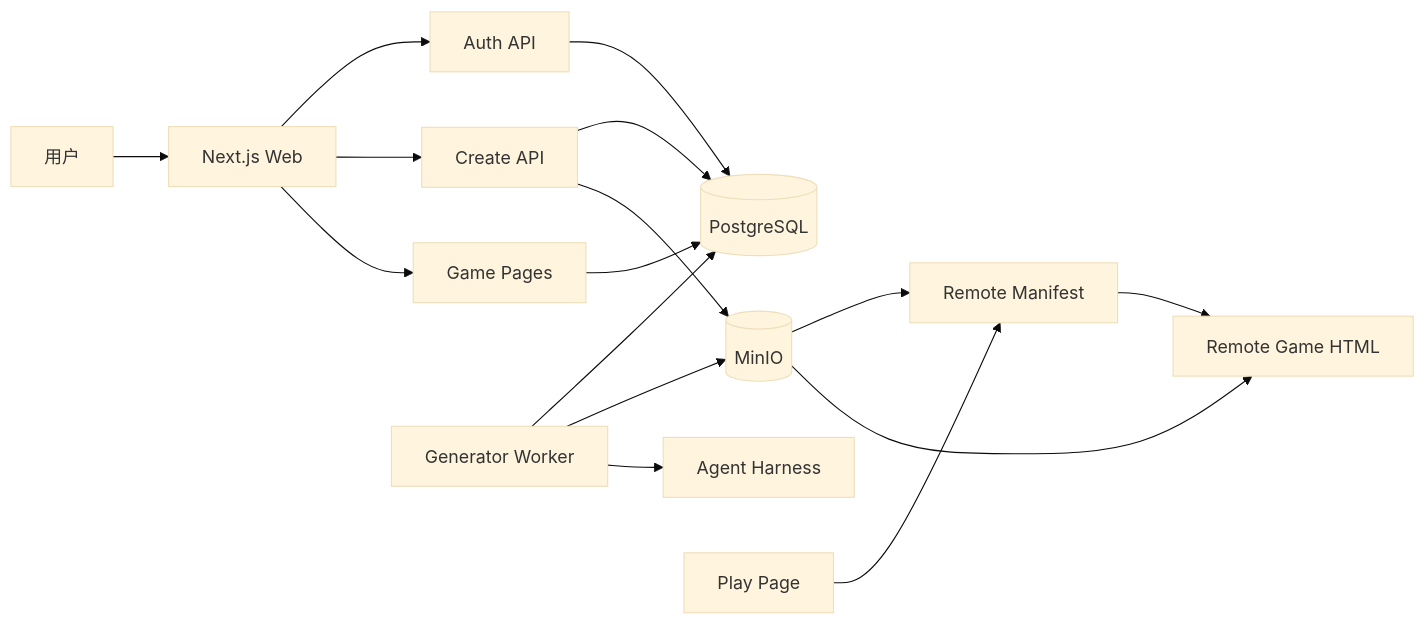
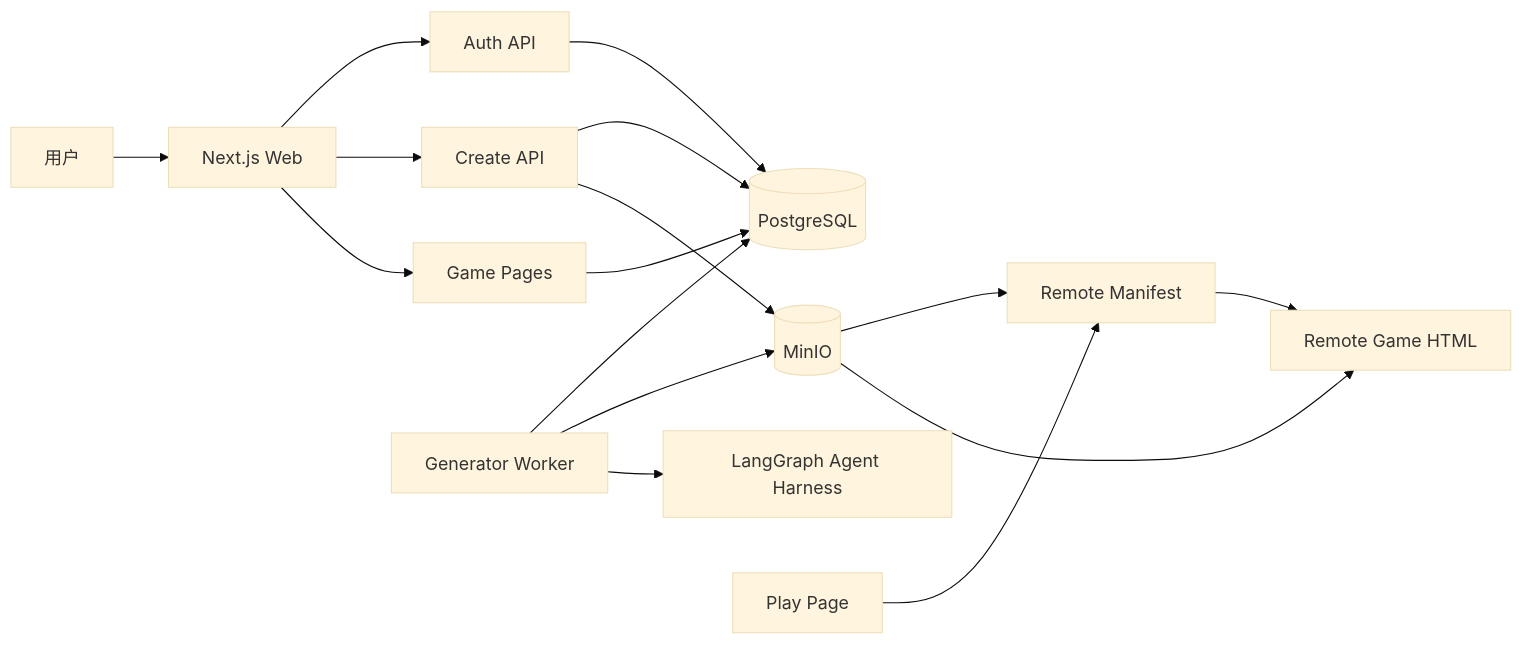
Before and after one commit to 7patrix/AI-Naive-Game-MVP: the diagram in docs/system-design.md, drawn with Mermaid (base theme). The commit also changed other lines of this file and 25 other files, not shown here.

````diff
--- a/docs/system-design.md
+++ b/docs/system-design.md
@@ -27,18 +28,18 @@
 ```mermaid
 flowchart LR
   user[用户] --> web[Next.js Web]
   web --> auth[Auth API]
   web --> create[Create API]
   web --> gameApi[Game Pages]
   auth --> db[(PostgreSQL)]
   create --> db
   create --> storage[(MinIO)]
   worker[Generator Worker] --> db
   worker --> storage
-  worker --> agents[Agent Harness]
+  worker --> agents[LangGraph Agent Harness]
   gameApi --> db
   play[Play Page] --> manifest[Remote Manifest]
   manifest --> bundle[Remote Game HTML]
   storage --> manifest
   storage --> bundle
 ```
````
